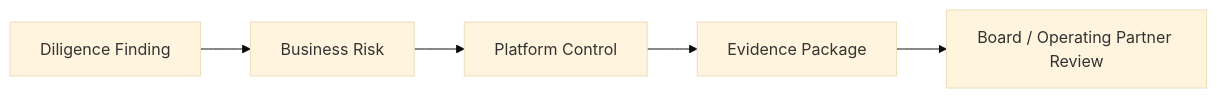
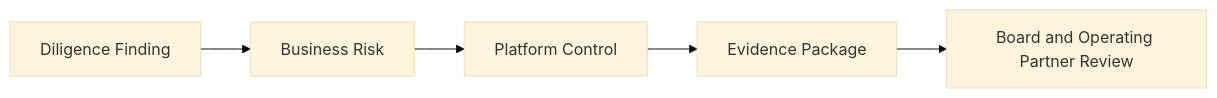
The diagram in docs/technology-due-diligence-mapping.md (serewicz/k8s-platform-blueprint), drawn with Mermaid (base theme) before and after one commit. The commit also changed 6 other files, not shown here.

Commit message:
Fix Mermaid diagram rendering

````diff
--- a/docs/technology-due-diligence-mapping.md
+++ b/docs/technology-due-diligence-mapping.md
@@ -11,7 +11,7 @@
 ```mermaid
 flowchart LR
     A["Diligence Finding"] --> B["Business Risk"]
     B --> C["Platform Control"]
     C --> D["Evidence Package"]
-    D --> E["Board / Operating Partner Review"]
+    D --> E["Board and Operating Partner Review"]
 ```
````
